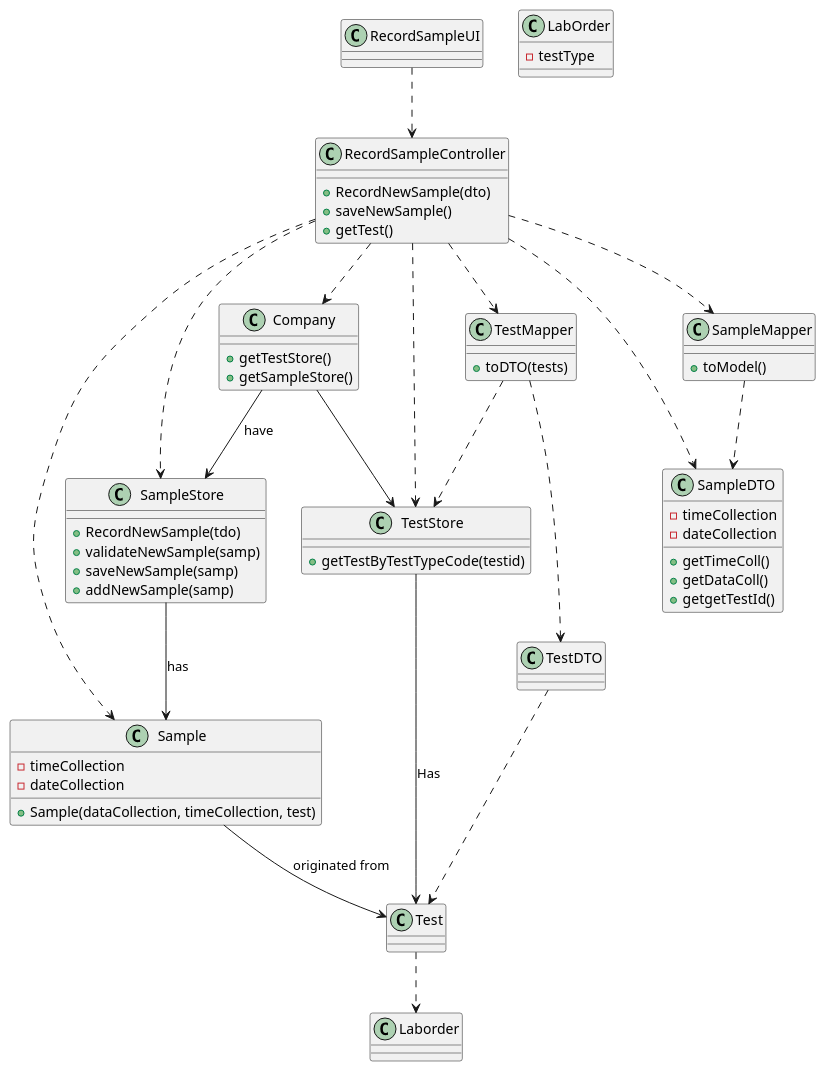
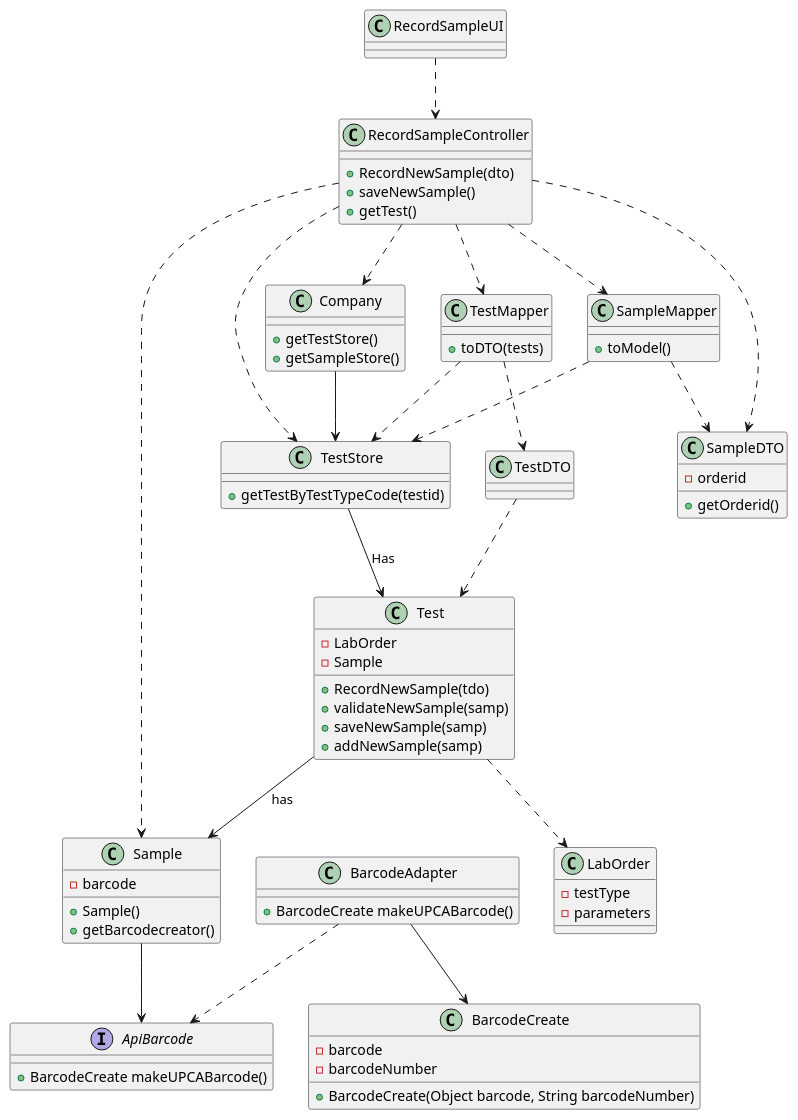
The diagram in docs/SprintC/US5_RecordTheSample/CD_US005.puml (Pedromaia26/LAPR2-ISEP), drawn with PlantUML before and after one commit. The commit also changed 10 other files, not shown here.

```diff
--- a/docs/SprintC/US5_RecordTheSample/CD_US005.puml
+++ b/docs/SprintC/US5_RecordTheSample/CD_US005.puml
@@ -1,69 +1,83 @@
 @startuml
+Interface ApiBarcode
+
 RecordSampleUI ..> RecordSampleController
 RecordSampleController..>Company
 RecordSampleController..>Sample
 RecordSampleController..>TestMapper
 RecordSampleController..>SampleDTO
-RecordSampleController..>SampleStore
 RecordSampleController..>SampleMapper
 RecordSampleController..>TestStore
 
 
 
 
 RecordSampleController : +RecordNewSample(dto)
 RecordSampleController : +saveNewSample()
 RecordSampleController : +getTest()
 
 
-Company --> SampleStore : have
-
-SampleStore --> Sample: has
+Test --> Sample: has
 
 Company --> TestStore
 
 TestStore : +getTestByTestTypeCode(testid)
 
 TestMapper ..> TestDTO
 TestDTO..> Test
-Sample --> Test: originated from
 
 
 TestStore --> Test : Has
 SampleMapper ..> SampleDTO
 
 
 TestMapper ..> TestStore
 
-Test ..> Laborder
+Test ..> LabOrder
 LabOrder : -testType
+LabOrder : -parameters
 
 
 TestMapper : +toDTO(tests)
 
 SampleMapper : +toModel()
 
+SampleMapper ..> TestStore
 
+Sample --> ApiBarcode
+
+BarcodeAdapter  ..> ApiBarcode
+
+BarcodeAdapter --> BarcodeCreate
+
+
+ApiBarcode : +BarcodeCreate makeUPCABarcode()
+
+BarcodeAdapter : +BarcodeCreate makeUPCABarcode()
+
+BarcodeCreate : +BarcodeCreate(Object barcode, String barcodeNumber)
+BarcodeCreate : -barcode
+BarcodeCreate : -barcodeNumber
 
 
 Company : +getTestStore()
 Company : +getSampleStore()
 
-SampleStore : +RecordNewSample(tdo)
-SampleStore : +validateNewSample(samp)
-SampleStore : +saveNewSample(samp)
-SampleStore : +addNewSample(samp)
+Test : +RecordNewSample(tdo)
+Test : +validateNewSample(samp)
+Test : +saveNewSample(samp)
+Test : +addNewSample(samp)
+Test : -LabOrder
+Test : -Sample
 
-SampleDTO : +getTimeColl()
-SampleDTO : +getDataColl()
-SampleDTO : +getgetTestId()
+SampleDTO : +getOrderid()
 
 
-SampleDTO : -timeCollection
-SampleDTO : -dateCollection
+
+SampleDTO : -orderid
 
 
-Sample : +Sample(dataCollection, timeCollection, test)
-Sample : -timeCollection
-Sample : -dateCollection
+Sample : +Sample()
+Sample : +getBarcodecreator()
+Sample : -barcode
 @enduml
```
